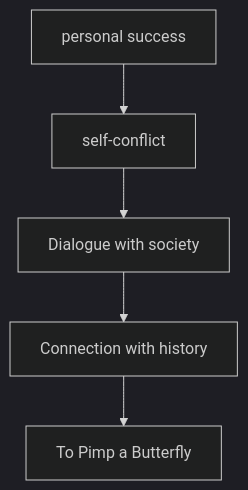
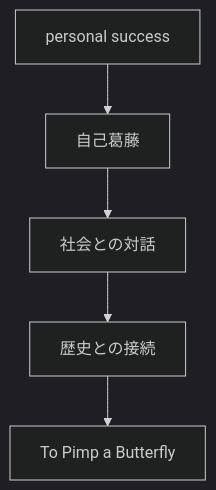
Before and after one commit to monumental-movement/monumental-movement.github.io: the seventh of 10 diagrams in en/_posts/2026-07-02-column-influential-album-04.md, drawn with Mermaid (dark theme). The commit also changed other lines of this file and 2196 other files, not shown here.

```diff
--- a/en/_posts/2026-07-02-column-influential-album-04.md
+++ b/en/_posts/2026-07-02-column-influential-album-04.md
@@ -755,11 +755,11 @@
 <div class="mermaid">
 flowchart TD
 A[personal success]
-B[self-conflict]
-C[Dialogue with society]
-D[Connection with history]
+B[自己葛藤]
+C[社会との対話]
+D[歴史との接続]
 E[To Pimp a Butterfly]
 
 A --> B --> C --> D --> E
 
 </div>
```
